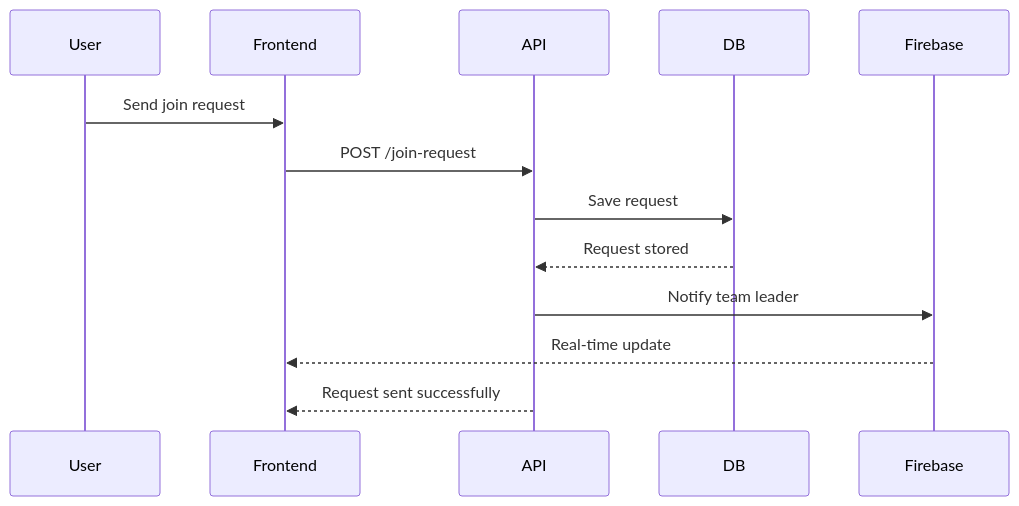
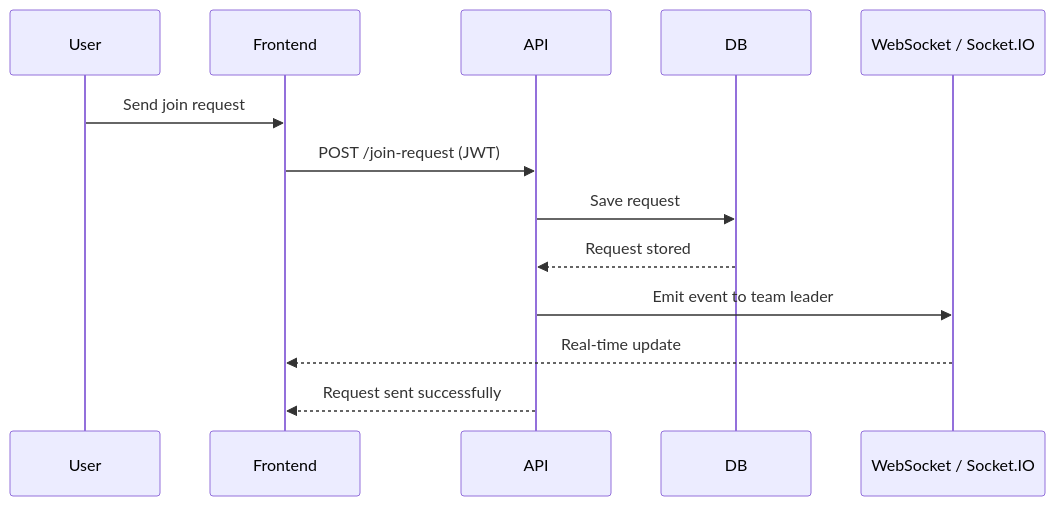
Before and after one commit to Rinadfahadz/Portfolio: the second of 3 diagrams in stage3/High-Level Sequence Diagrams.md, drawn with Mermaid.

````diff
--- a/stage3/High-Level Sequence Diagrams.md
+++ b/stage3/High-Level Sequence Diagrams.md
@@ -29,19 +29,19 @@
 ```mermaid
 sequenceDiagram
     participant User
     participant Frontend
     participant API
     participant DB
-    participant Firebase
+    participant Socket as WebSocket / Socket.IO
 
     User->>Frontend: Send join request
-    Frontend->>API: POST /join-request
+    Frontend->>API: POST /join-request (JWT)
 
     API->>DB: Save request
     DB-->>API: Request stored
 
-    API->>Firebase: Notify team leader
-    Firebase-->>Frontend: Real-time update
+    API->>Socket: Emit event to team leader
+    Socket-->>Frontend: Real-time update
 
     API-->>Frontend: Request sent successfully
 ```
````
